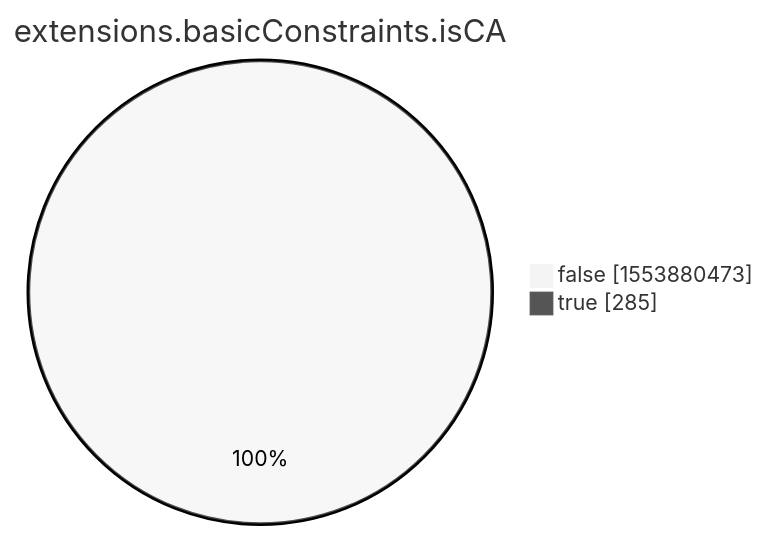
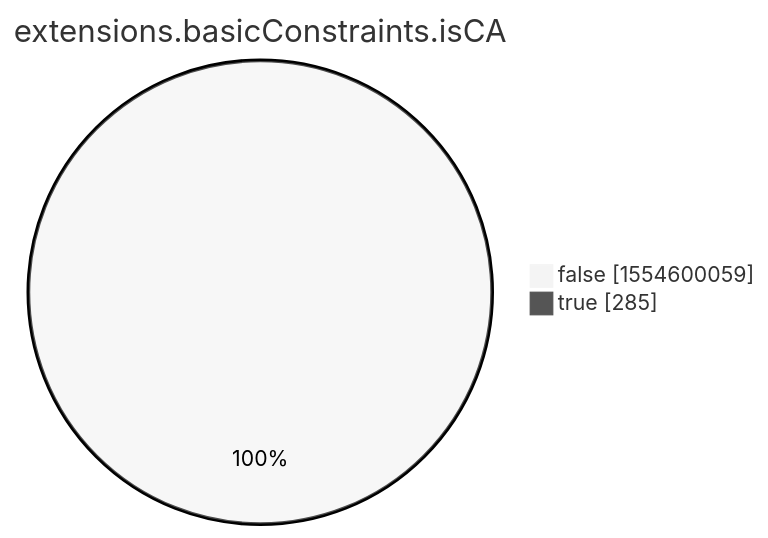
The eighth of 15 diagrams in xenon2022/README.md (christiankrug/ctmonitor_visualization), drawn with Mermaid (neutral theme) before and after one commit. The commit also changed other lines of this file, not shown here.

````diff
--- a/xenon2022/README.md
+++ b/xenon2022/README.md
@@ -2860,6 +2860,6 @@
 ```mermaid
 pie showData
 title extensions.basicConstraints.isCA
-"false" :1553880473
+"false" :1554600059
 "true" :285
 ```
````
